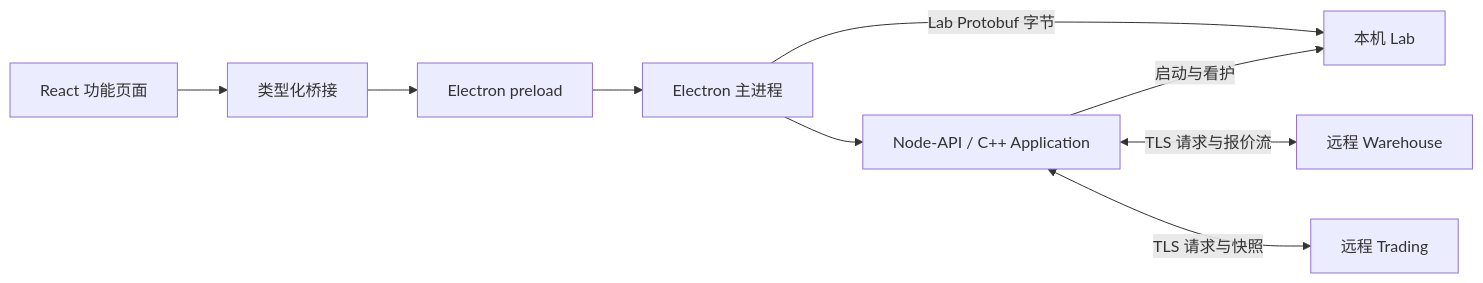
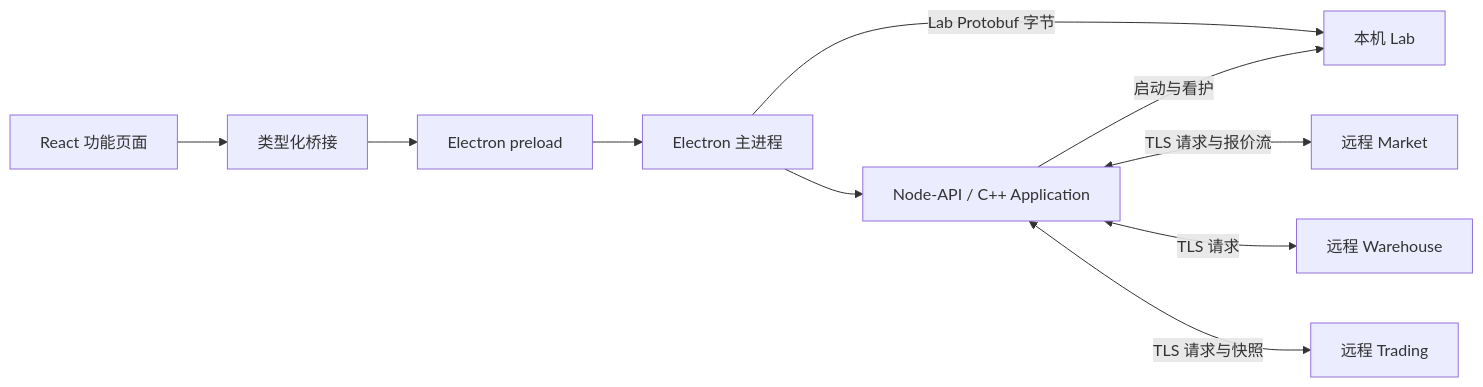
One commit to isqiwen/asterion-terminal changed the first of 4 diagrams in docs/terminal/architecture.md. Above: the diagram before and after it, drawn with Mermaid. The commit also changed other lines of this file and 8 other files, not shown here.

````diff
--- a/docs/terminal/architecture.md
+++ b/docs/terminal/architecture.md
@@ -7,11 +7,12 @@
 ```mermaid
 flowchart LR
     page[React 功能页面] --> bridge[类型化桥接]
     bridge --> preload[Electron preload]
     preload --> main[Electron 主进程]
     main --> native[Node-API / C++ Application]
     main -->|Lab Protobuf 字节| lab[本机 Lab]
     native -->|启动与看护| lab
-    native <-->|TLS 请求与报价流| market[远程 Warehouse]
+    native <-->|TLS 请求与报价流| market[远程 Market]
+    native <-->|TLS 请求| warehouse[远程 Warehouse]
     native <-->|TLS 请求与快照| trading[远程 Trading]
 ```
````
